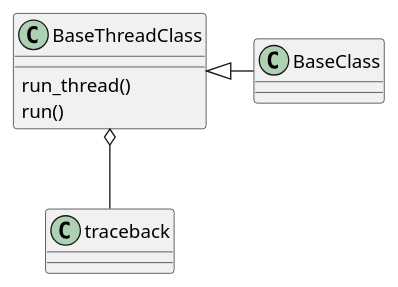
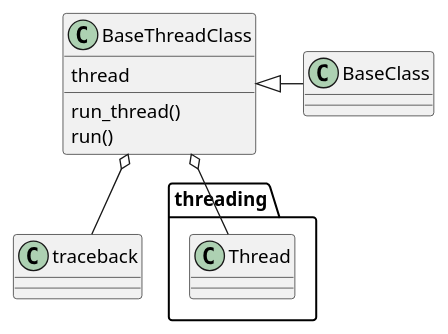
One commit to russell-n/theape changed the second of 2 diagrams in ape/commoncode/baseclass.rst. Above: the diagram before and after it, drawn with PlantUML. The commit also changed other lines of this file and 57 other files, not shown here.

```diff
--- a/ape/commoncode/baseclass.rst
+++ b/ape/commoncode/baseclass.rst
@@ -38,6 +38,8 @@
 .. uml::
 
    BaseThreadClass <|- BaseClass
    BaseThreadClass : run_thread()
    BaseThreadClass : run()
    BaseThreadClass o-- traceback
+   BaseThreadClass o-- threading.Thread
+   BaseThreadClass : thread
```
